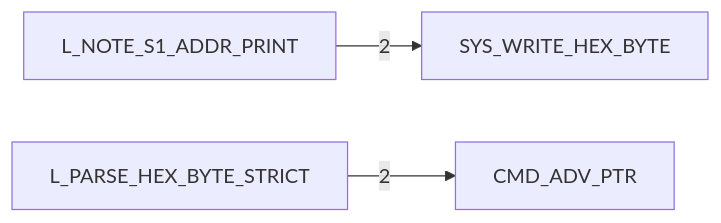
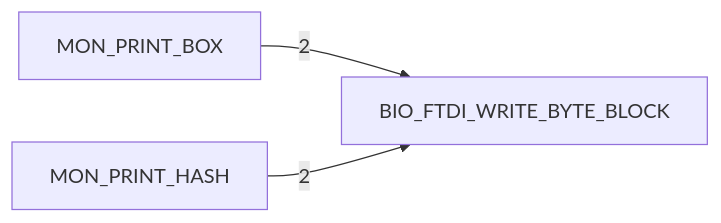
The fifth of 6 diagrams in DOC/GENERATED/HIMON_COMMAND_MAP.md (95westus/R-YORS), drawn with Mermaid before and after one commit. The commit also changed other lines of this file and 94 other files, not shown here.

````diff
--- a/DOC/GENERATED/HIMON_COMMAND_MAP.md
+++ b/DOC/GENERATED/HIMON_COMMAND_MAP.md
@@ -78,5 +78,5 @@
 ```mermaid
 flowchart LR
-    N_L_NOTE_S1_ADDR_PRINT[L_NOTE_S1_ADDR_PRINT] -->|2| N_SYS_WRITE_HEX_BYTE[SYS_WRITE_HEX_BYTE]
-    N_L_PARSE_HEX_BYTE_STRICT[L_PARSE_HEX_BYTE_STRICT] -->|2| N_CMD_ADV_PTR[CMD_ADV_PTR]
+    N_MON_PRINT_BOX[MON_PRINT_BOX] -->|2| N_BIO_FTDI_WRITE_BYTE_BLOCK[BIO_FTDI_WRITE_BYTE_BLOCK]
+    N_MON_PRINT_HASH[MON_PRINT_HASH] -->|2| N_BIO_FTDI_WRITE_BYTE_BLOCK[BIO_FTDI_WRITE_BYTE_BLOCK]
 ```
````
